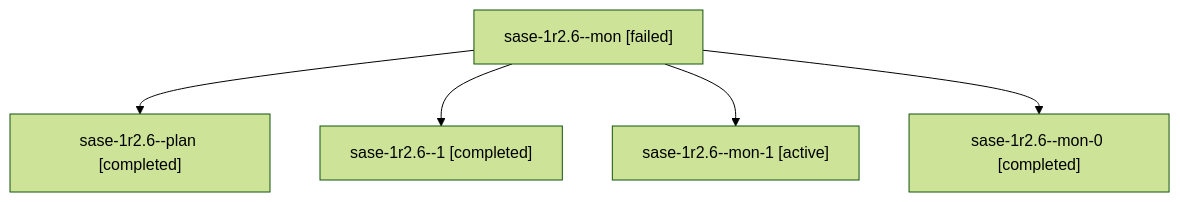
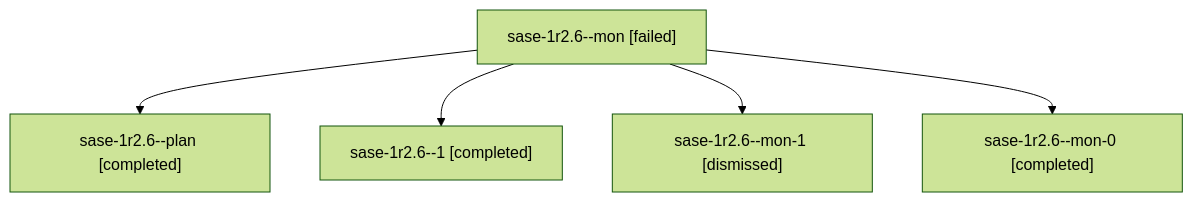
One commit to sase-org/sase--agents changed the diagram in sessions/bbugyi200.athena.sase-1r2.6.md. Above: the diagram before and after it, drawn with Mermaid (forest theme). The commit also changed other lines of this file and 82 other files, not shown here.

````diff
--- a/sessions/bbugyi200.athena.sase-1r2.6.md
+++ b/sessions/bbugyi200.athena.sase-1r2.6.md
@@ -9,12 +9,12 @@
 ```mermaid
 flowchart TD
   n0["sase-1r2.6--mon [failed]"]
   n1["sase-1r2.6--plan [completed]"]
   n0 --> n1
   n2["sase-1r2.6--1 [completed]"]
   n0 --> n2
-  n3["sase-1r2.6--mon-1 [active]"]
+  n3["sase-1r2.6--mon-1 [dismissed]"]
   n0 --> n3
   n4["sase-1r2.6--mon-0 [completed]"]
   n0 --> n4
 ```
````
